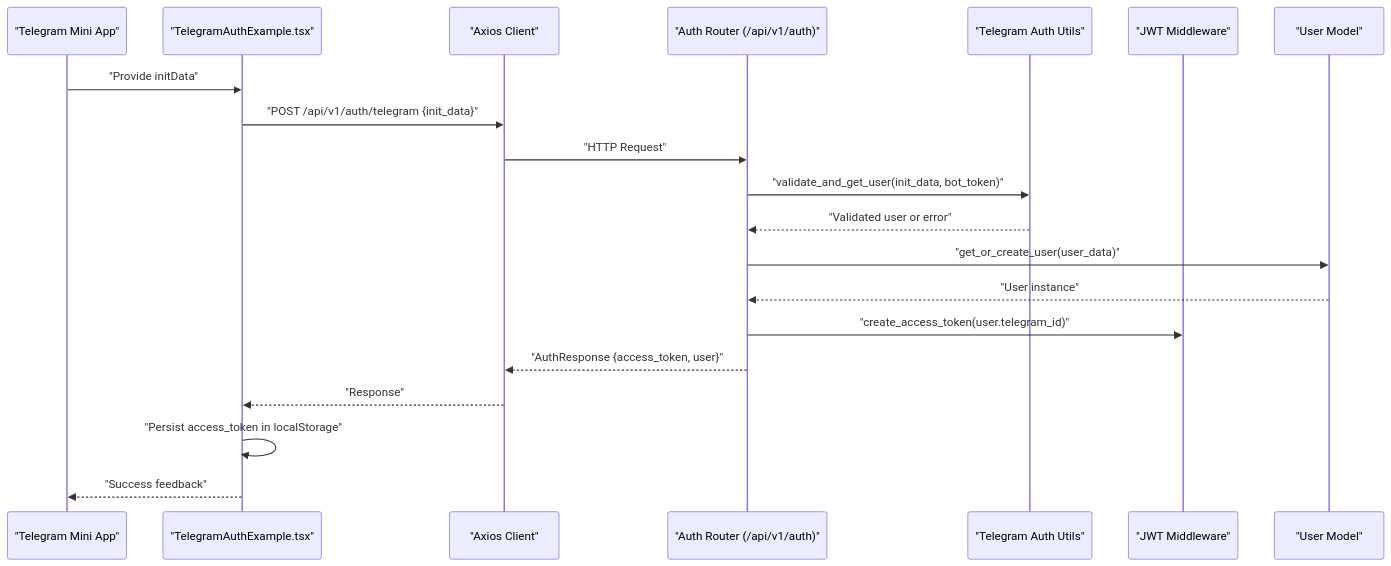
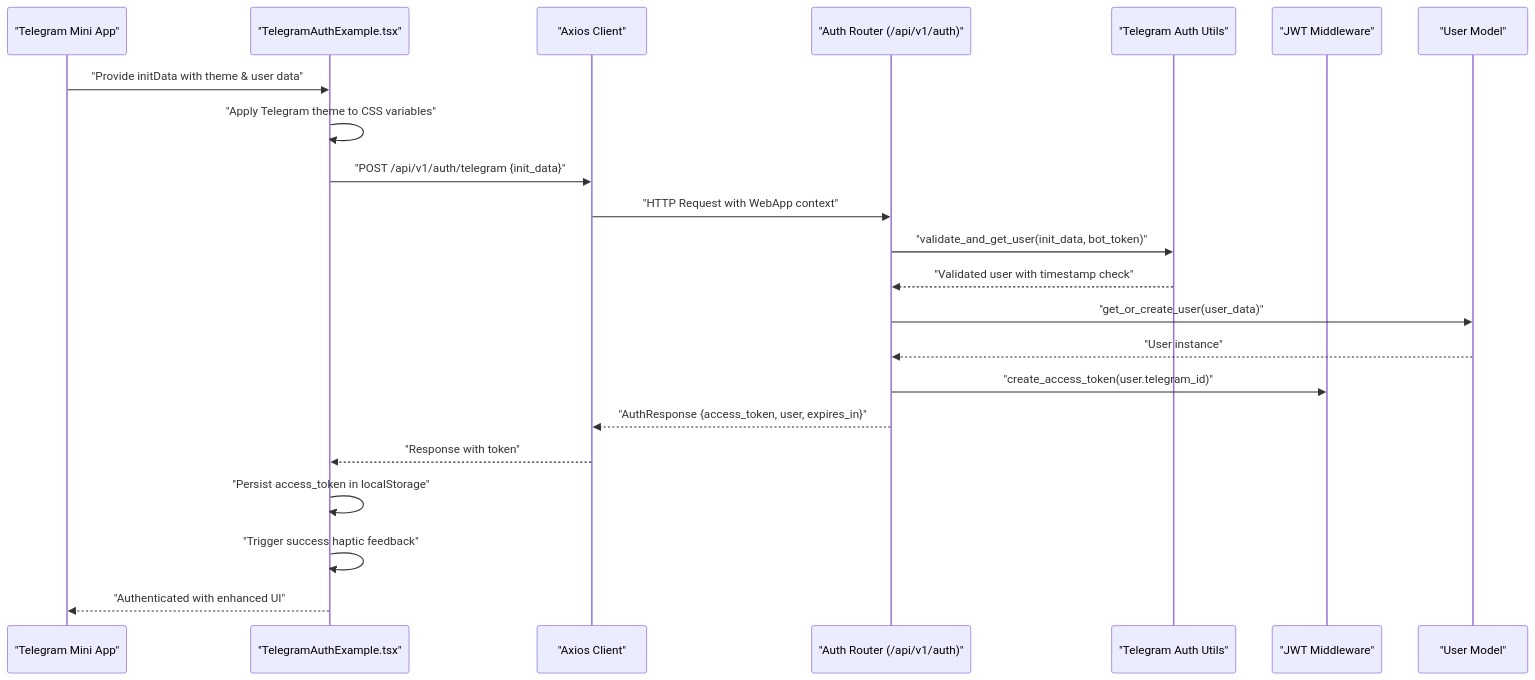
One commit to nilsnavi/fit_trackerpro changed the third of 7 diagrams in .qoder/repowiki/en/content/Architecture & Design/Component Interactions.md. Above: the diagram before and after it, drawn with Mermaid. The commit also changed other lines of this file and 26 other files, not shown here.

````diff
--- a/.qoder/repowiki/en/content/Architecture & Design/Component Interactions.md
+++ b/.qoder/repowiki/en/content/Architecture & Design/Component Interactions.md
@@ -166,22 +204,24 @@
 ```mermaid
 sequenceDiagram
 participant TG as "Telegram Mini App"
 participant FE as "TelegramAuthExample.tsx"
 participant AX as "Axios Client"
 participant API as "Auth Router (/api/v1/auth)"
 participant TGU as "Telegram Auth Utils"
 participant JWT as "JWT Middleware"
 participant DB as "User Model"
-TG->>FE : "Provide initData"
+TG->>FE : "Provide initData with theme & user data"
+FE->>FE : "Apply Telegram theme to CSS variables"
 FE->>AX : "POST /api/v1/auth/telegram {init_data}"
-AX->>API : "HTTP Request"
+AX->>API : "HTTP Request with WebApp context"
 API->>TGU : "validate_and_get_user(init_data, bot_token)"
-TGU-->>API : "Validated user or error"
+TGU-->>API : "Validated user with timestamp check"
 API->>DB : "get_or_create_user(user_data)"
 DB-->>API : "User instance"
 API->>JWT : "create_access_token(user.telegram_id)"
-API-->>AX : "AuthResponse {access_token, user}"
-AX-->>FE : "Response"
+API-->>AX : "AuthResponse {access_token, user, expires_in}"
+AX-->>FE : "Response with token"
 FE->>FE : "Persist access_token in localStorage"
-FE-->>TG : "Success feedback"
+FE->>FE : "Trigger success haptic feedback"
+FE-->>TG : "Authenticated with enhanced UI"
 ```
````
